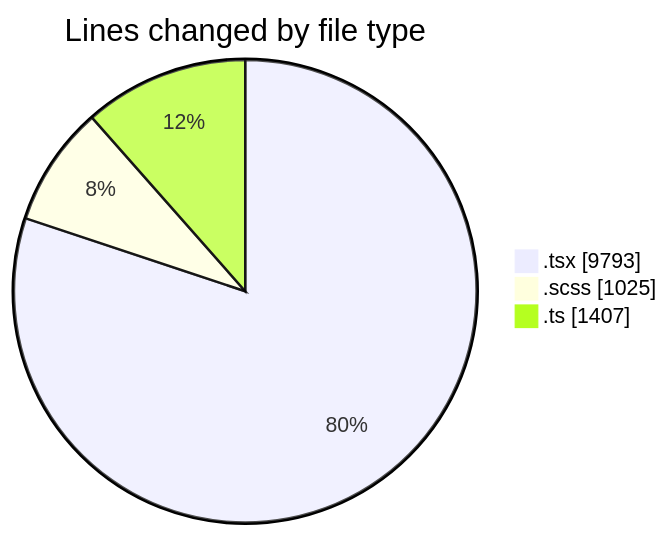
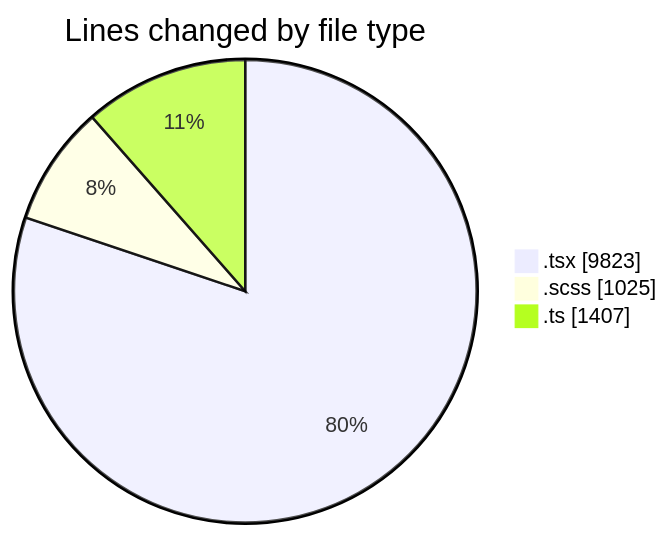
Before and after one commit to momahboobian/code-tracking: the first of 2 diagrams in 2026-05-01/cda/README.md, drawn with Mermaid. The commit also changed other lines of this file and 1 other file, not shown here.

````diff
--- a/2026-05-01/cda/README.md
+++ b/2026-05-01/cda/README.md
@@ -64,7 +64,7 @@
 ```mermaid
 pie showData
 title Lines changed by file type
-".tsx" : 9793
+".tsx" : 9823
 ".scss" : 1025
 ".ts" : 1407
 ```
````
